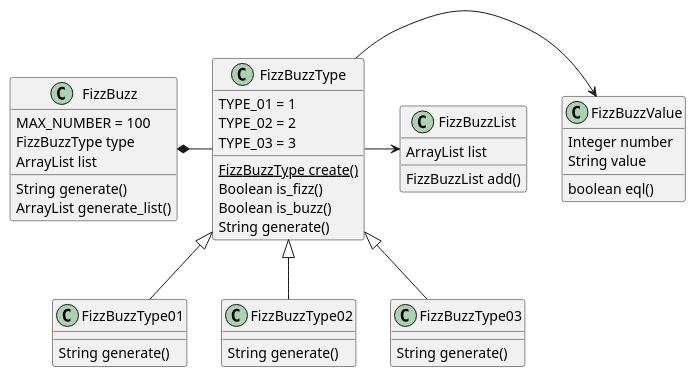
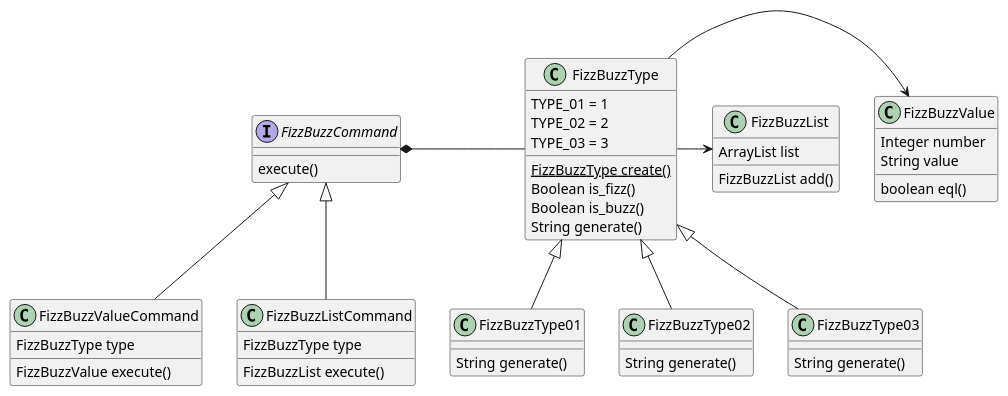
The diagram in docs/src/spec/fizz_buzz.adoc (hiroshima-arc/tdd_rb), drawn with PlantUML before and after one commit. The commit also changed 7 other files, not shown here.

Commit message:
docs: クラス図更新

```diff
--- a/docs/src/spec/fizz_buzz.adoc
+++ b/docs/src/spec/fizz_buzz.adoc
@@ -57,50 +57,57 @@
 [plantuml]
 ----
-class FizzBuzz {
-    MAX_NUMBER = 100
-    FizzBuzzType type
-    ArrayList list
-    String generate()
-    ArrayList generate_list()
+interface FizzBuzzCommand {
+  execute()
+}
+
+class FizzBuzzValueCommand {
+  FizzBuzzType type
+  FizzBuzzValue execute()
+}
+
+class FizzBuzzListCommand {
+  FizzBuzzType type
+  FizzBuzzList execute()
 }
 
 class FizzBuzzType {
   TYPE_01 = 1
   TYPE_02 = 2
   TYPE_03 = 3
   FizzBuzzType {static} create()
   Boolean is_fizz()
   Boolean is_buzz()
   String generate()
 }
 
 class FizzBuzzType01 {
   String generate()
 }
 
 class FizzBuzzType02 {
   String generate()
 }
 
 class FizzBuzzType03 {
   String generate()
 }
 
 class FizzBuzzValue {
   Integer number
   String value
   boolean eql()
 }
 
 class FizzBuzzList {
   ArrayList list
   FizzBuzzList add()
 }
-
-FizzBuzz *- FizzBuzzType
+FizzBuzzCommand <|-- FizzBuzzValueCommand
+FizzBuzzCommand <|-- FizzBuzzListCommand
+FizzBuzzCommand *- FizzBuzzType
 FizzBuzzType <|-- FizzBuzzType01
 FizzBuzzType <|-- FizzBuzzType02
 FizzBuzzType <|-- FizzBuzzType03
 FizzBuzzType -> FizzBuzzValue
 FizzBuzzType -> FizzBuzzList
 ----
```
